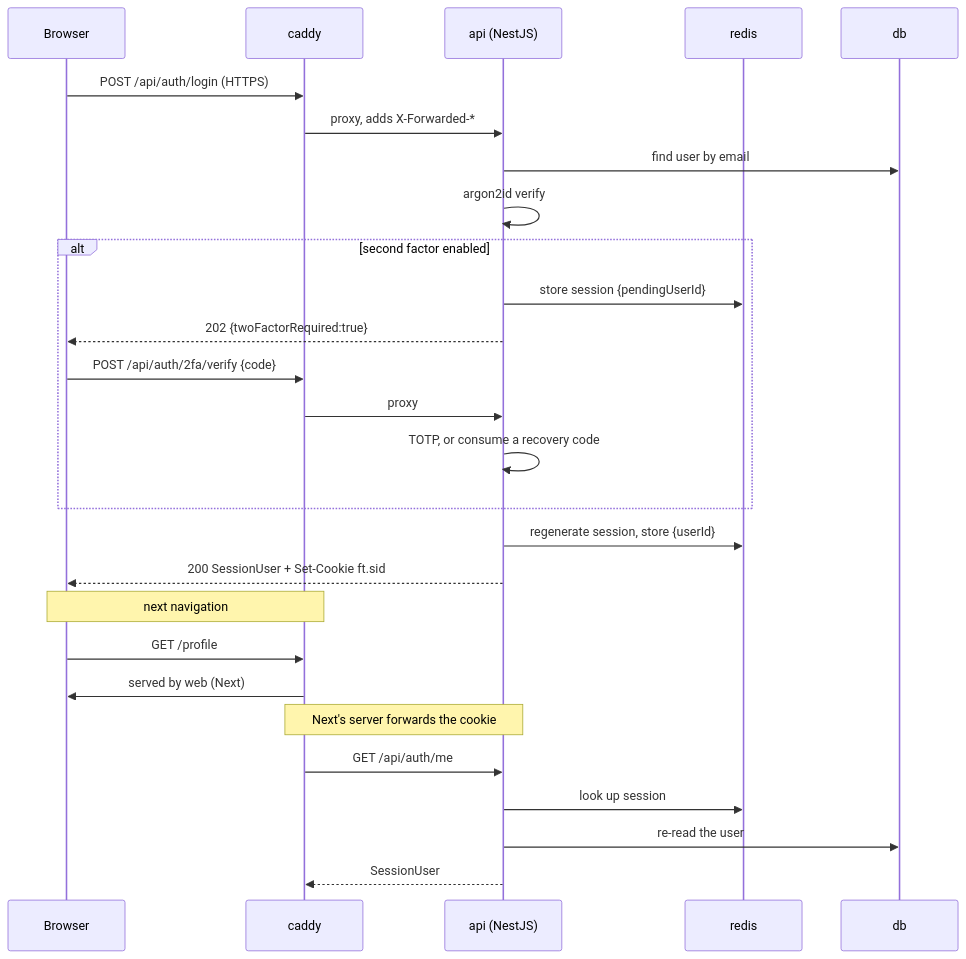
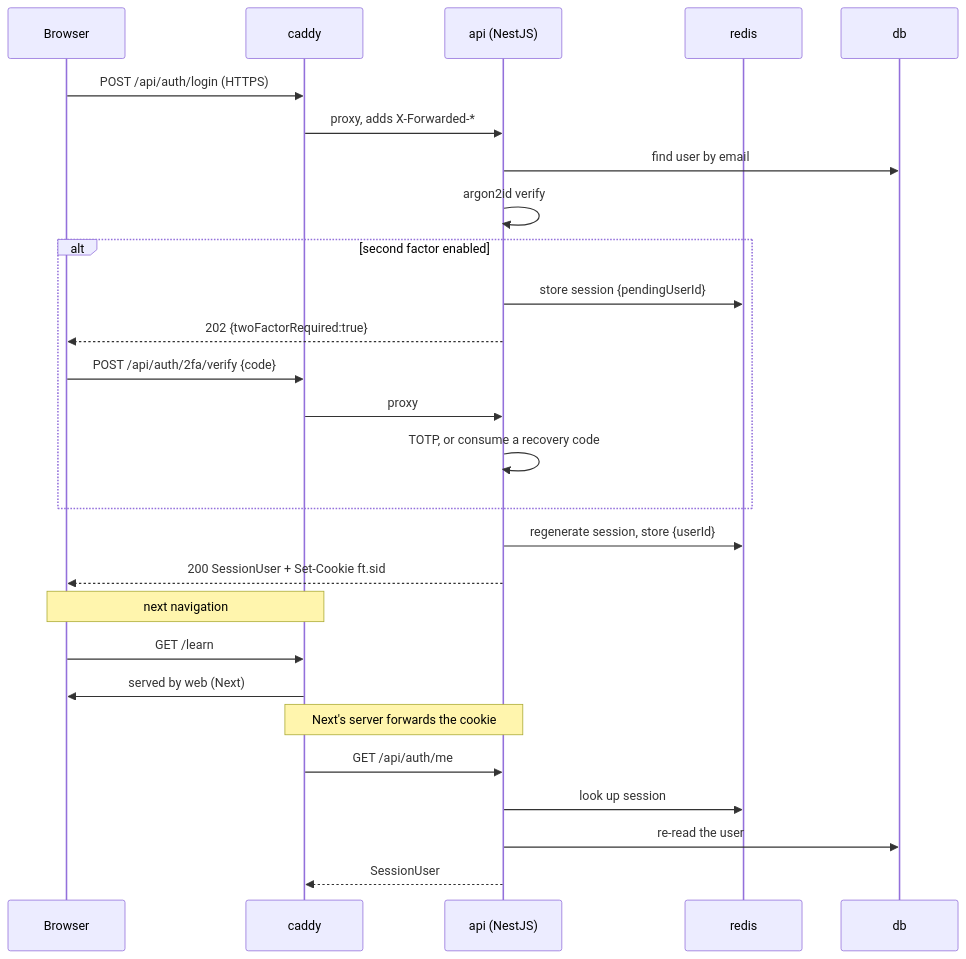
Before and after one commit to VictorBro/ft_transcendence: the second of 6 diagrams in docs/ARCHITECTURE.md, drawn with Mermaid. The commit also changed 35 other files, not shown here.

````diff
--- a/docs/ARCHITECTURE.md
+++ b/docs/ARCHITECTURE.md
@@ -83,31 +83,31 @@
 ```mermaid
 sequenceDiagram
     participant B as Browser
     participant C as caddy
     participant A as api (NestJS)
     participant R as redis
     participant P as db
 
     B->>C: POST /api/auth/login (HTTPS)
     C->>A: proxy, adds X-Forwarded-*
     A->>P: find user by email
     A->>A: argon2id verify
     alt second factor enabled
         A->>R: store session {pendingUserId}
         A-->>B: 202 {twoFactorRequired:true}
         B->>C: POST /api/auth/2fa/verify {code}
         C->>A: proxy
         A->>A: TOTP, or consume a recovery code
     end
     A->>R: regenerate session, store {userId}
     A-->>B: 200 SessionUser + Set-Cookie ft.sid
 
     Note over B,C: next navigation
-    B->>C: GET /profile
+    B->>C: GET /learn
     C->>B: served by web (Next)
     Note over C,A: Next's server forwards the cookie
     C->>A: GET /api/auth/me
     A->>R: look up session
     A->>P: re-read the user
     A-->>C: SessionUser
 ```
````
